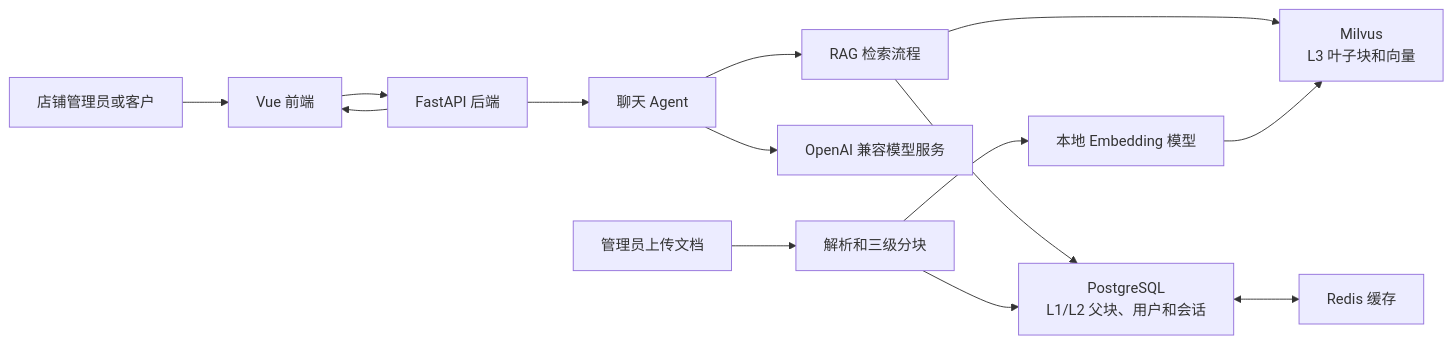
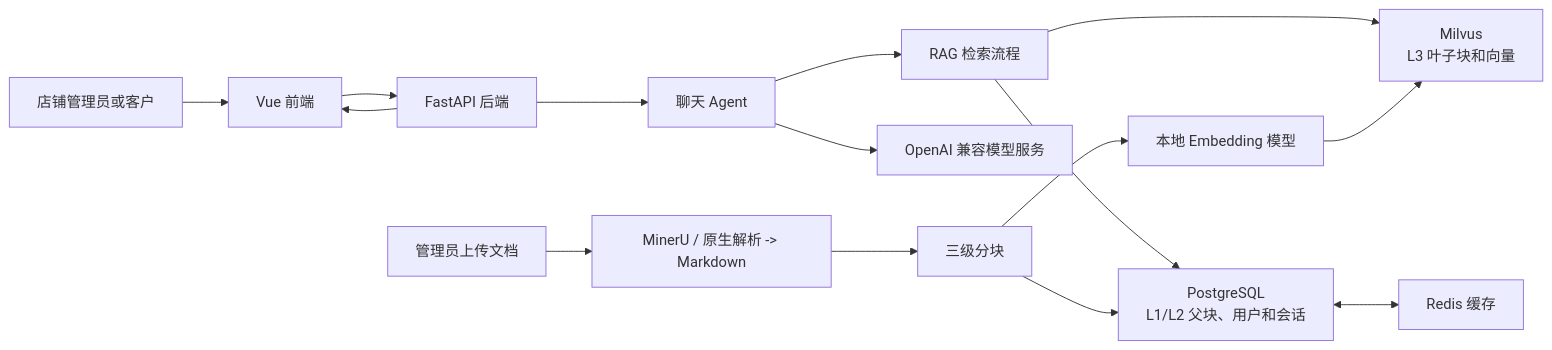
The first of 2 diagrams in README.md (w402116500/SuperNew), drawn with Mermaid before and after one commit. The commit also changed other lines of this file and 22 other files, not shown here.

````diff
--- a/README.md
+++ b/README.md
@@ -22,17 +22,18 @@
 ```mermaid
 flowchart LR
     U["店铺管理员或客户"] --> FE["Vue 前端"]
     FE --> API["FastAPI 后端"]
     API --> AGENT["聊天 Agent"]
     AGENT --> RAG["RAG 检索流程"]
     RAG --> MV["Milvus\nL3 叶子块和向量"]
     RAG --> PG["PostgreSQL\nL1/L2 父块、用户和会话"]
     PG <--> REDIS["Redis 缓存"]
     AGENT --> LLM["OpenAI 兼容模型服务"]
     API --> FE
 
-    ADMIN["管理员上传文档"] --> PARSE["解析和三级分块"]
-    PARSE --> PG
-    PARSE --> EMB["本地 Embedding 模型"]
+    ADMIN["管理员上传文档"] --> PARSE["MinerU / 原生解析 -> Markdown"]
+    PARSE --> CHUNK["三级分块"]
+    CHUNK --> PG
+    CHUNK --> EMB["本地 Embedding 模型"]
     EMB --> MV
 ```
````
